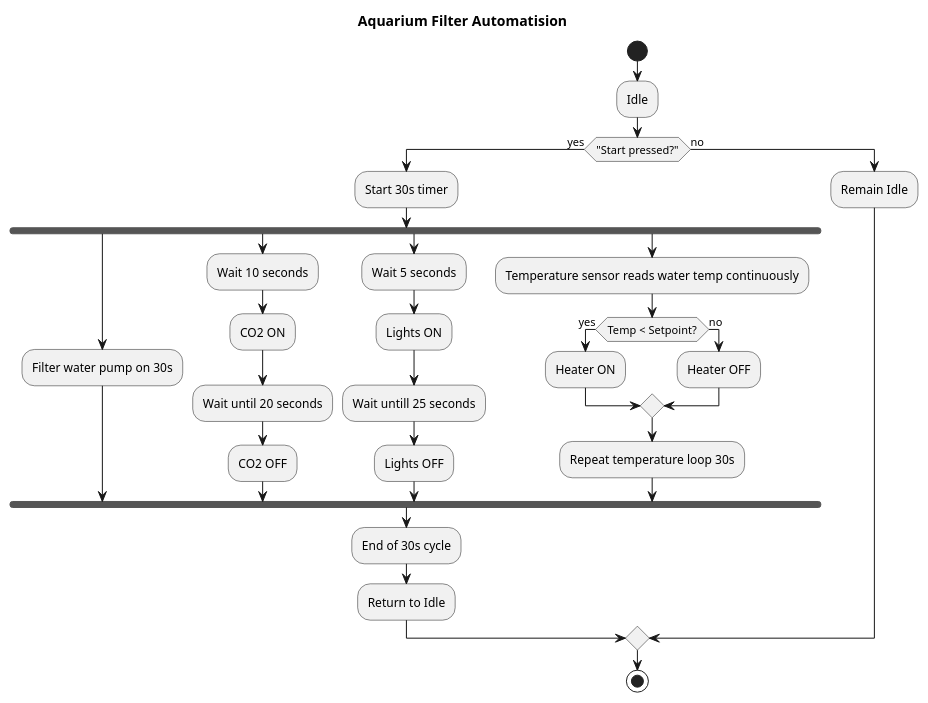
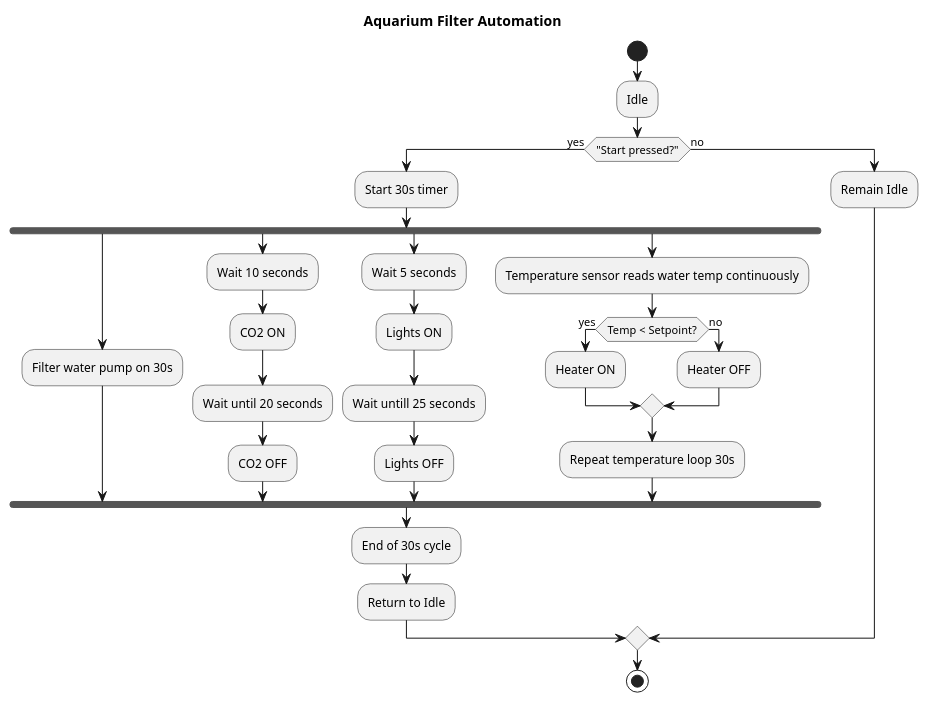
Before and after one commit to Doravandebuurt/personalAssignment: the diagram in Personal-Assignment-PandS-E-VDW/src/chapter_1.md, drawn with PlantUML. The commit also changed 1 other file, not shown here.

````diff
--- a/Personal-Assignment-PandS-E-VDW/src/chapter_1.md
+++ b/Personal-Assignment-PandS-E-VDW/src/chapter_1.md
@@ -9,44 +9,44 @@
 ```plantuml
 @startuml AquariumFilter
 
-title Aquarium Filter Automatision
+title Aquarium Filter Automation
 
 start
 :Idle;
 
 if ("Start pressed?") then (yes)
   :Start 30s timer;
   fork
     
     :Filter water pump on 30s;
   fork again
     :Wait 10 seconds;
     :CO2 ON;
     :Wait until 20 seconds;
     :CO2 OFF;
   fork again
     :Wait 5 seconds;
     :Lights ON;
     :Wait untill 25 seconds;
     :Lights OFF;
   fork again
     :Temperature sensor reads water temp continuously;
     if (Temp < Setpoint?) then (yes)
         :Heater ON;
     else (no)
         :Heater OFF;
     endif
     :Repeat temperature loop 30s;
   end fork
 
   :End of 30s cycle;
   :Return to Idle;
 
 else (no)
   :Remain Idle;
 endif
 
 stop
 
 @enduml
 ```
````
